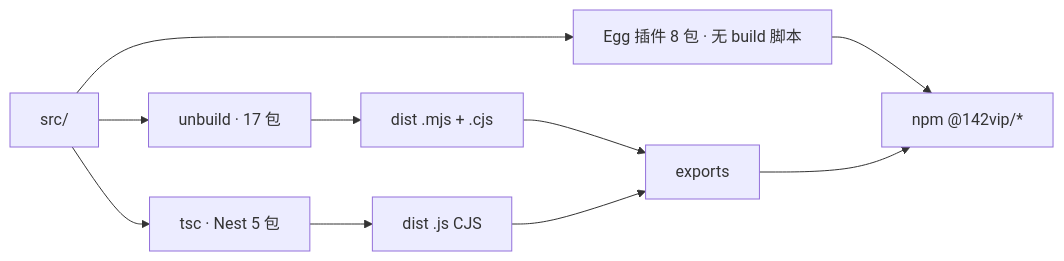
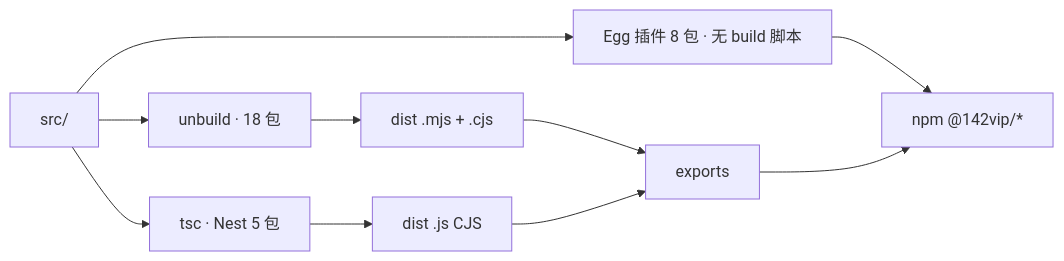
One commit to 142vip/core-x changed the third of 5 diagrams in README.md. Above: the diagram before and after it, drawn with Mermaid. The commit also changed other lines of this file and 2 other files, not shown here.

````diff
--- a/README.md
+++ b/README.md
@@ -126,12 +127,12 @@
 ```mermaid
 flowchart LR
-  SRC["src/"] --> UB["unbuild · 17 包"]
+  SRC["src/"] --> UB["unbuild · 18 包"]
   SRC --> TSC["tsc · Nest 5 包"]
   SRC --> EGG["Egg 插件 8 包 · 无 build 脚本"]
   UB --> DIST["dist .mjs + .cjs"]
   TSC --> DIST2["dist .js CJS"]
   EGG --> NPM["npm @142vip/*"]
   DIST --> EXP["exports"]
   DIST2 --> EXP
   EXP --> NPM
 ```
````
